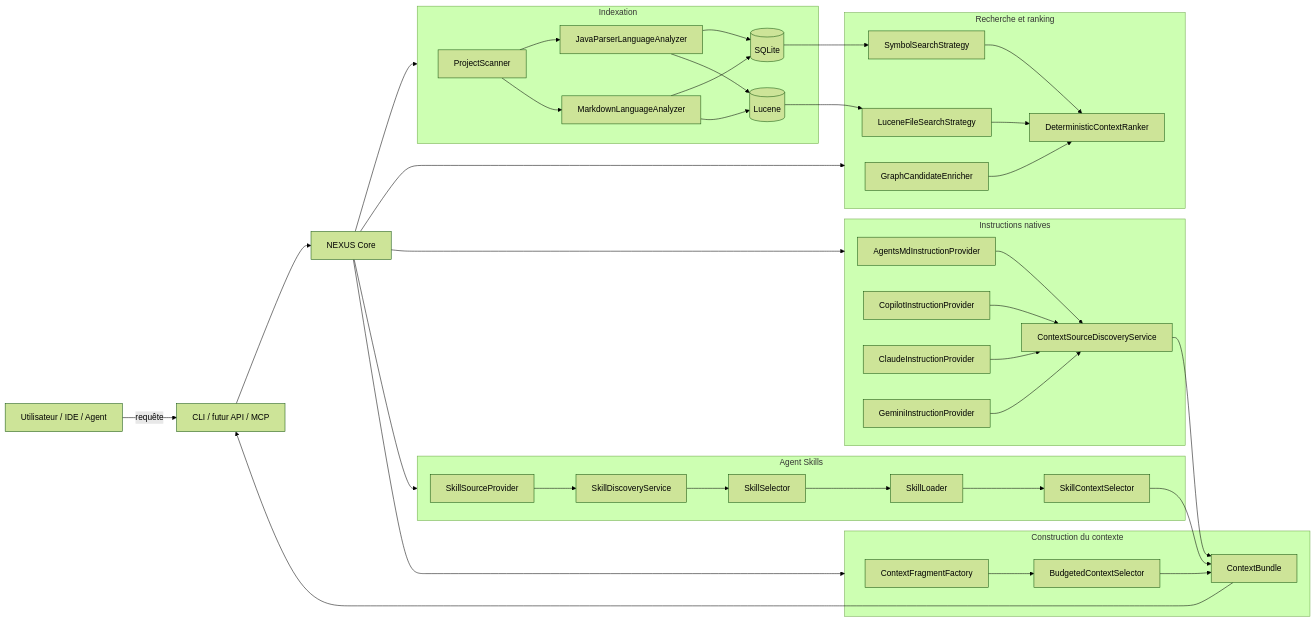
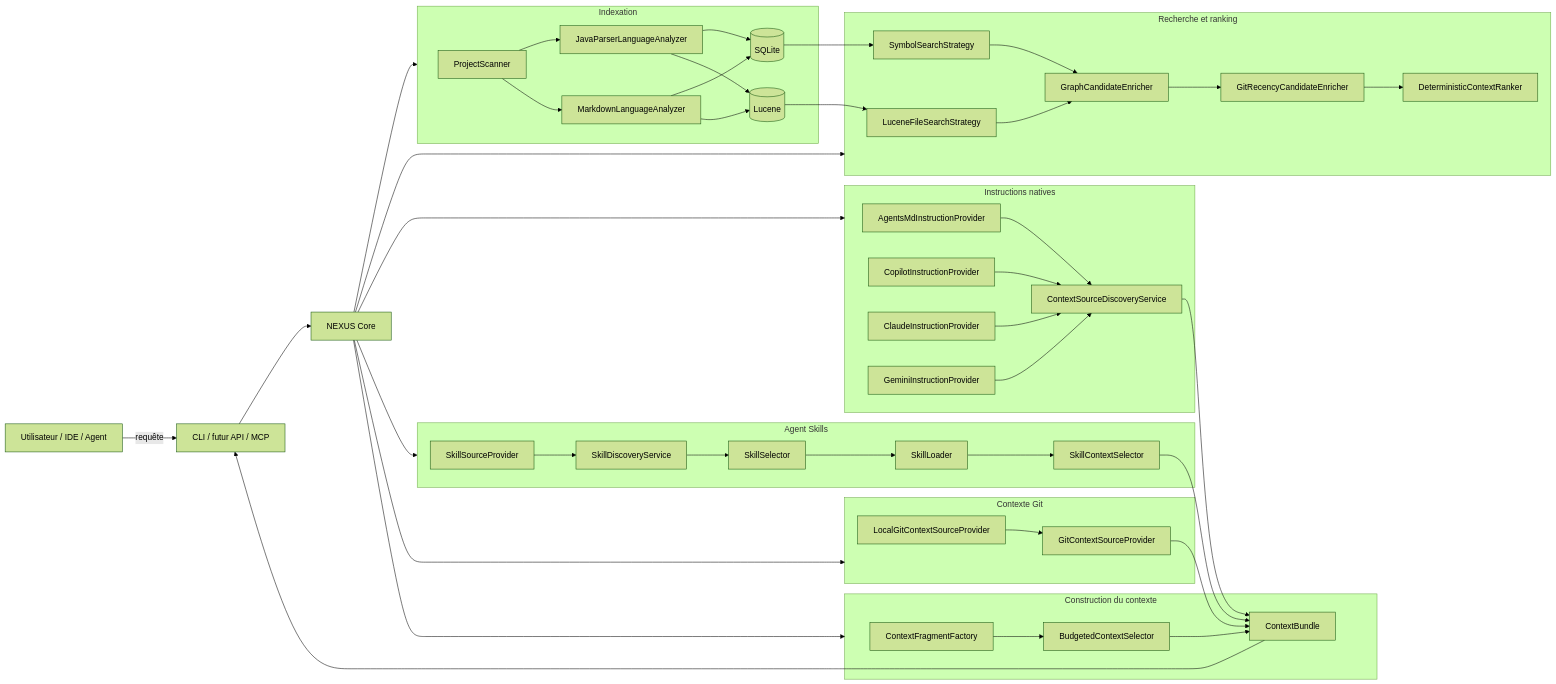
The first of 2 diagrams in docs/developer/README.md (FTurleque/nexus-context-engine), drawn with Mermaid (forest theme) before and after one commit. The commit also changed other lines of this file, not shown here.

Commit message:
docs(dev): documenter l'itération 7 et le contexte Git

````diff
--- a/docs/developer/README.md
+++ b/docs/developer/README.md
@@ -33,68 +35,78 @@
 ```mermaid
 flowchart LR
     U[Utilisateur / IDE / Agent] -->|requête| CLI[CLI / futur API / MCP]
     CLI --> CORE[NEXUS Core]
 
     subgraph INDEXATION[Indexation]
         SCAN[ProjectScanner]
         JAVA[JavaParserLanguageAnalyzer]
         MD[MarkdownLanguageAnalyzer]
         SQL[(SQLite)]
         LUCENE[(Lucene)]
         SCAN --> JAVA
         SCAN --> MD
         JAVA --> SQL
         MD --> SQL
         JAVA --> LUCENE
         MD --> LUCENE
     end
 
     subgraph SEARCH[Recherche et ranking]
         LEX[LuceneFileSearchStrategy]
         SYM[SymbolSearchStrategy]
         GRAPH[GraphCandidateEnricher]
+        GITRECENCY[GitRecencyCandidateEnricher]
         RANK[DeterministicContextRanker]
-        LEX --> RANK
-        SYM --> RANK
-        GRAPH --> RANK
+        LEX --> GRAPH
+        SYM --> GRAPH
+        GRAPH --> GITRECENCY
+        GITRECENCY --> RANK
     end
 
     subgraph NATIF[Instructions natives]
         AGENTS[AgentsMdInstructionProvider]
         COPILOT[CopilotInstructionProvider]
         CLAUDE[ClaudeInstructionProvider]
         GEMINI[GeminiInstructionProvider]
         DISC[ContextSourceDiscoveryService]
         AGENTS --> DISC
         COPILOT --> DISC
         CLAUDE --> DISC
         GEMINI --> DISC
     end
 
     subgraph SKILLS[Agent Skills]
         SP[SkillSourceProvider]
         SD[SkillDiscoveryService]
         SS[SkillSelector]
         SL[SkillLoader]
         SB[SkillContextSelector]
         SP --> SD --> SS --> SL --> SB
     end
 
+    subgraph GITCTX[Contexte Git]
+        GP[GitContextSourceProvider]
+        LOCALGIT[LocalGitContextSourceProvider]
+        LOCALGIT --> GP
+    end
+
     subgraph CONTEXT[Construction du contexte]
         FACTORY[ContextFragmentFactory]
         BUDGET[BudgetedContextSelector]
         BUNDLE[ContextBundle]
         FACTORY --> BUDGET --> BUNDLE
         DISC --> BUNDLE
         SB --> BUNDLE
+        GP --> BUNDLE
     end
 
     CORE --> INDEXATION
     SQL --> SYM
     LUCENE --> LEX
     CORE --> SEARCH
     CORE --> NATIF
     CORE --> SKILLS
+    CORE --> GITCTX
     CORE --> CONTEXT
     BUNDLE --> CLI
 ```
````
